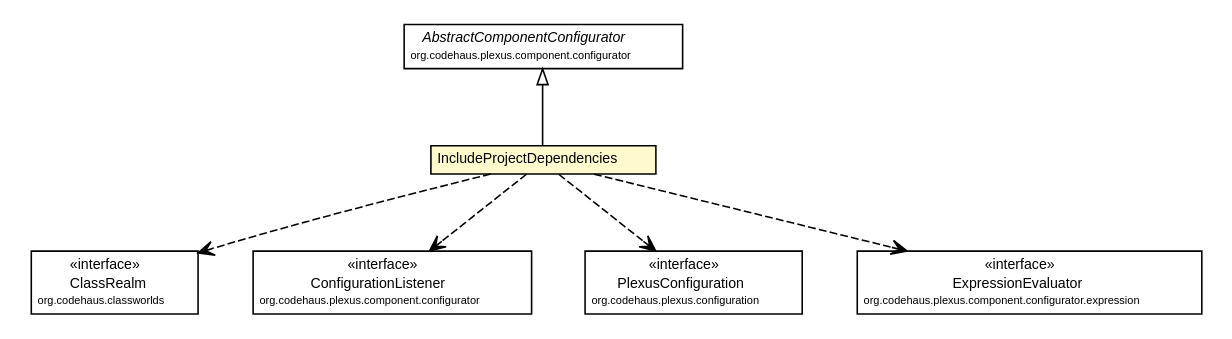
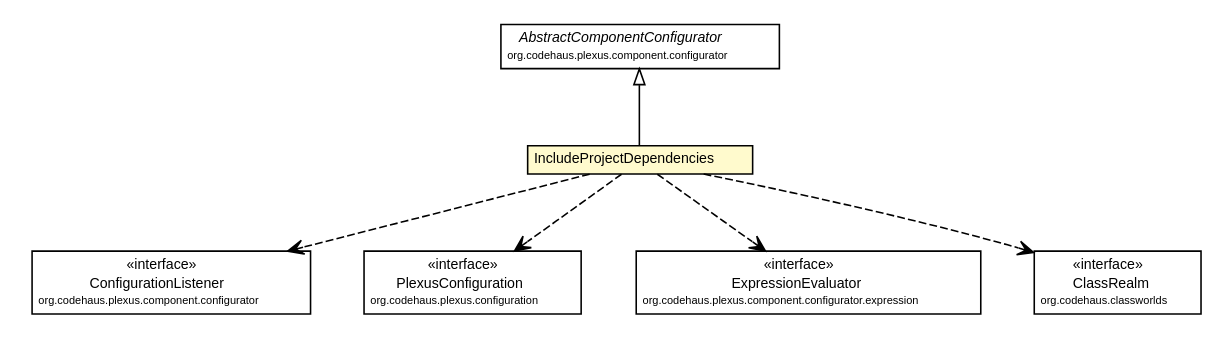
The diagram in site/apidocs/org/synchronoss/cpo/plugin/IncludeProjectDependencies.dot (synchronoss/cpo-api), drawn with Graphviz before and after one commit. The commit also changed 793 other files, not shown here.

```diff
--- a/site/apidocs/org/synchronoss/cpo/plugin/IncludeProjectDependencies.dot
+++ b/site/apidocs/org/synchronoss/cpo/plugin/IncludeProjectDependencies.dot
@@ -1,65 +1,65 @@
 #!/usr/local/bin/dot
 #
 # Class diagram 
 # Generated by UmlGraph version 4.6 (http://www.spinellis.gr/sw/umlgraph)
 #
 
 digraph G {
 	edge [fontname="Helvetica",fontsize=10,labelfontname="Helvetica",labelfontsize=10];
 	node [fontname="Helvetica",fontsize=10,shape=plaintext];
 	// org.synchronoss.cpo.plugin.IncludeProjectDependencies
 	c53834 [label=<<table border="0" cellborder="1" cellspacing="0" cellpadding="2" port="p" bgcolor="lemonChiffon" href="./IncludeProjectDependencies.html">
 		<tr><td><table border="0" cellspacing="0" cellpadding="1">
 			<tr><td> IncludeProjectDependencies </td></tr>
 		</table></td></tr>
 		</table>>, fontname="Helvetica", fontcolor="black", fontsize=9.0];
 	//org.synchronoss.cpo.plugin.IncludeProjectDependencies extends org.codehaus.plexus.component.configurator.AbstractComponentConfigurator
 	c53839:p -> c53834:p [dir=back,arrowtail=empty];
+	// org.synchronoss.cpo.plugin.IncludeProjectDependencies DEPEND org.codehaus.plexus.component.configurator.ConfigurationListener
+	c53834:p -> c53840:p [taillabel="", label="", headlabel="", fontname="Helvetica", fontcolor="black", fontsize=10.0, color="black", arrowhead=open, style=dashed];
+	// org.synchronoss.cpo.plugin.IncludeProjectDependencies DEPEND org.codehaus.plexus.configuration.PlexusConfiguration
+	c53834:p -> c53841:p [taillabel="", label="", headlabel="", fontname="Helvetica", fontcolor="black", fontsize=10.0, color="black", arrowhead=open, style=dashed];
+	// org.synchronoss.cpo.plugin.IncludeProjectDependencies DEPEND org.codehaus.plexus.component.configurator.expression.ExpressionEvaluator
+	c53834:p -> c53842:p [taillabel="", label="", headlabel="", fontname="Helvetica", fontcolor="black", fontsize=10.0, color="black", arrowhead=open, style=dashed];
 	// org.synchronoss.cpo.plugin.IncludeProjectDependencies DEPEND org.codehaus.classworlds.ClassRealm
-	c53834:p -> c53842:p [taillabel="", label="", headlabel="", fontname="Helvetica", fontcolor="black", fontsize=10.0, color="black", arrowhead=open, style=dashed];
-	// org.synchronoss.cpo.plugin.IncludeProjectDependencies DEPEND org.codehaus.plexus.component.configurator.ConfigurationListener
-	c53834:p -> c53843:p [taillabel="", label="", headlabel="", fontname="Helvetica", fontcolor="black", fontsize=10.0, color="black", arrowhead=open, style=dashed];
-	// org.synchronoss.cpo.plugin.IncludeProjectDependencies DEPEND org.codehaus.plexus.configuration.PlexusConfiguration
-	c53834:p -> c53844:p [taillabel="", label="", headlabel="", fontname="Helvetica", fontcolor="black", fontsize=10.0, color="black", arrowhead=open, style=dashed];
-	// org.synchronoss.cpo.plugin.IncludeProjectDependencies DEPEND org.codehaus.plexus.component.configurator.expression.ExpressionEvaluator
 	c53834:p -> c53845:p [taillabel="", label="", headlabel="", fontname="Helvetica", fontcolor="black", fontsize=10.0, color="black", arrowhead=open, style=dashed];
 	// org.codehaus.classworlds.ClassRealm
-	c53842 [label=<<table border="0" cellborder="1" cellspacing="0" cellpadding="2" port="p" href="http://java.sun.com/j2se/1.4.2/docs/api/org/codehaus/classworlds/ClassRealm.html">
+	c53845 [label=<<table border="0" cellborder="1" cellspacing="0" cellpadding="2" port="p" href="http://java.sun.com/j2se/1.4.2/docs/api/org/codehaus/classworlds/ClassRealm.html">
 		<tr><td><table border="0" cellspacing="0" cellpadding="1">
 			<tr><td> &laquo;interface&raquo; </td></tr>
 			<tr><td> ClassRealm </td></tr>
 			<tr><td><font point-size="7.0"> org.codehaus.classworlds </font></td></tr>
 		</table></td></tr>
 		</table>>, fontname="Helvetica", fontcolor="black", fontsize=9.0];
 	// org.codehaus.plexus.component.configurator.expression.ExpressionEvaluator
-	c53845 [label=<<table border="0" cellborder="1" cellspacing="0" cellpadding="2" port="p" href="http://java.sun.com/j2se/1.4.2/docs/api/org/codehaus/plexus/component/configurator/expression/ExpressionEvaluator.html">
+	c53842 [label=<<table border="0" cellborder="1" cellspacing="0" cellpadding="2" port="p" href="http://java.sun.com/j2se/1.4.2/docs/api/org/codehaus/plexus/component/configurator/expression/ExpressionEvaluator.html">
 		<tr><td><table border="0" cellspacing="0" cellpadding="1">
 			<tr><td> &laquo;interface&raquo; </td></tr>
 			<tr><td> ExpressionEvaluator </td></tr>
 			<tr><td><font point-size="7.0"> org.codehaus.plexus.component.configurator.expression </font></td></tr>
 		</table></td></tr>
 		</table>>, fontname="Helvetica", fontcolor="black", fontsize=9.0];
 	// org.codehaus.plexus.component.configurator.AbstractComponentConfigurator
 	c53839 [label=<<table border="0" cellborder="1" cellspacing="0" cellpadding="2" port="p" href="http://java.sun.com/j2se/1.4.2/docs/api/org/codehaus/plexus/component/configurator/AbstractComponentConfigurator.html">
 		<tr><td><table border="0" cellspacing="0" cellpadding="1">
 			<tr><td><font face="Helvetica-Oblique"> AbstractComponentConfigurator </font></td></tr>
 			<tr><td><font point-size="7.0"> org.codehaus.plexus.component.configurator </font></td></tr>
 		</table></td></tr>
 		</table>>, fontname="Helvetica", fontcolor="black", fontsize=9.0];
 	// org.codehaus.plexus.component.configurator.ConfigurationListener
-	c53843 [label=<<table border="0" cellborder="1" cellspacing="0" cellpadding="2" port="p" href="http://java.sun.com/j2se/1.4.2/docs/api/org/codehaus/plexus/component/configurator/ConfigurationListener.html">
+	c53840 [label=<<table border="0" cellborder="1" cellspacing="0" cellpadding="2" port="p" href="http://java.sun.com/j2se/1.4.2/docs/api/org/codehaus/plexus/component/configurator/ConfigurationListener.html">
 		<tr><td><table border="0" cellspacing="0" cellpadding="1">
 			<tr><td> &laquo;interface&raquo; </td></tr>
 			<tr><td> ConfigurationListener </td></tr>
 			<tr><td><font point-size="7.0"> org.codehaus.plexus.component.configurator </font></td></tr>
 		</table></td></tr>
 		</table>>, fontname="Helvetica", fontcolor="black", fontsize=9.0];
 	// org.codehaus.plexus.configuration.PlexusConfiguration
-	c53844 [label=<<table border="0" cellborder="1" cellspacing="0" cellpadding="2" port="p" href="http://java.sun.com/j2se/1.4.2/docs/api/org/codehaus/plexus/configuration/PlexusConfiguration.html">
+	c53841 [label=<<table border="0" cellborder="1" cellspacing="0" cellpadding="2" port="p" href="http://java.sun.com/j2se/1.4.2/docs/api/org/codehaus/plexus/configuration/PlexusConfiguration.html">
 		<tr><td><table border="0" cellspacing="0" cellpadding="1">
 			<tr><td> &laquo;interface&raquo; </td></tr>
 			<tr><td> PlexusConfiguration </td></tr>
 			<tr><td><font point-size="7.0"> org.codehaus.plexus.configuration </font></td></tr>
 		</table></td></tr>
 		</table>>, fontname="Helvetica", fontcolor="black", fontsize=9.0];
 }
```
